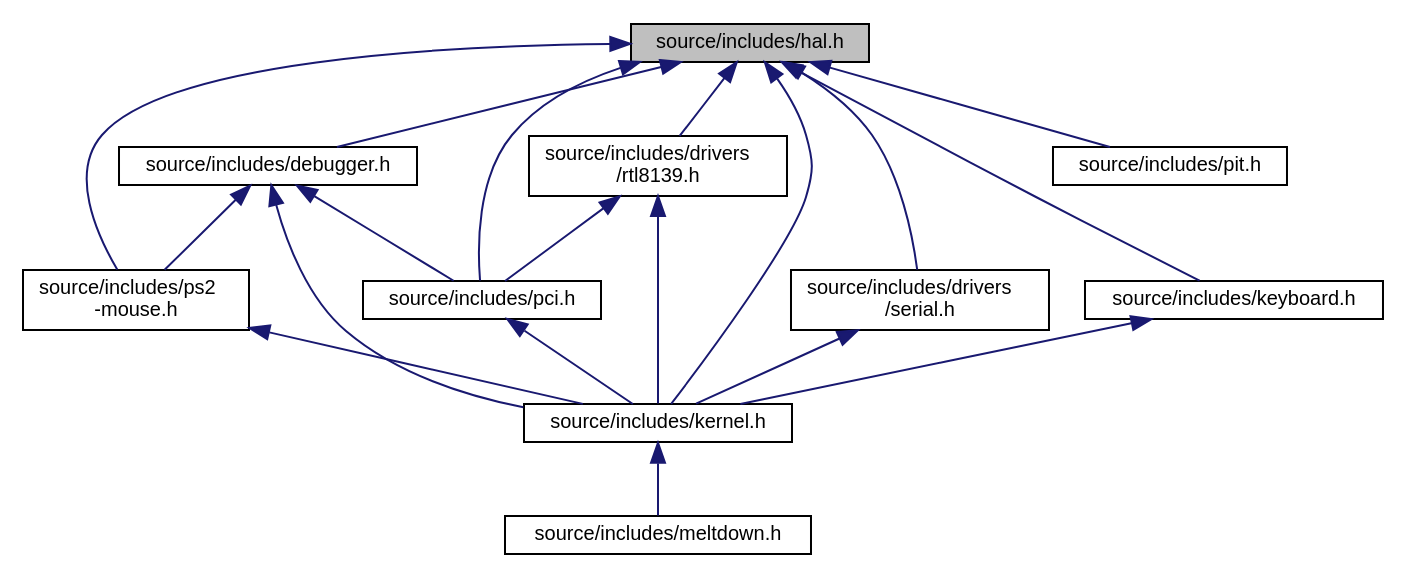
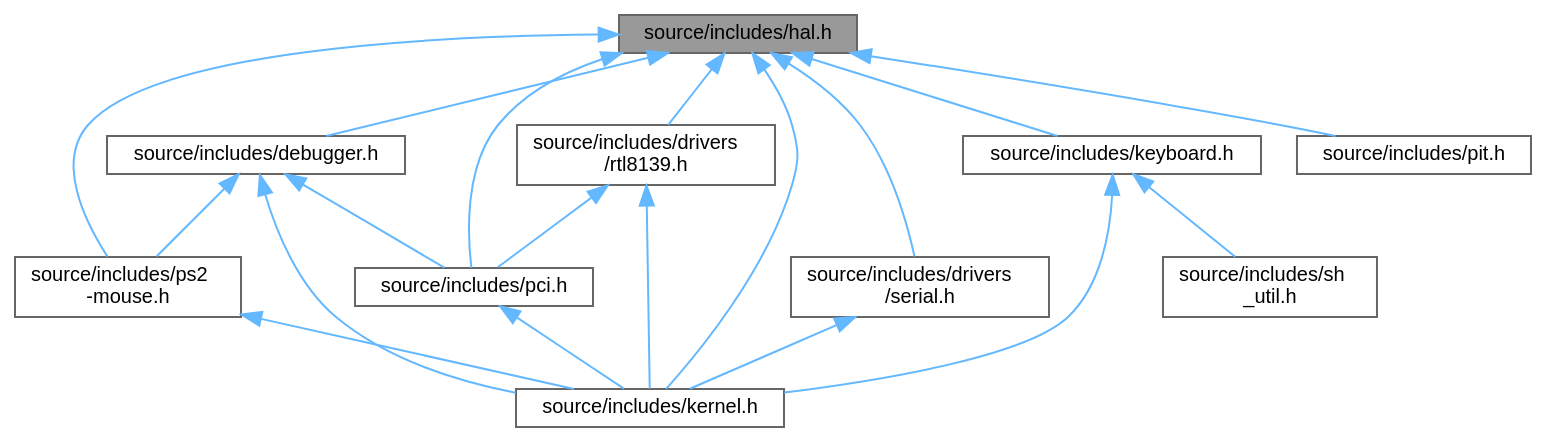
Before and after one commit to Frost-Wing/doxygen-docs: the diagram in hal_8h__dep__incl.dot, drawn with Graphviz. The commit also changed 1093 other files, not shown here.

```diff
--- a/hal_8h__dep__incl.dot
+++ b/hal_8h__dep__incl.dot
@@ -1,34 +1,35 @@
 digraph "source/includes/hal.h"
 {
  // LATEX_PDF_SIZE
-  edge [fontname="Helvetica",fontsize="10",labelfontname="Helvetica",labelfontsize="10"];
-  node [fontname="Helvetica",fontsize="10",shape=record];
-  Node1 [label="source/includes/hal.h",height=0.2,width=0.4,color="black", fillcolor="grey75", style="filled", fontcolor="black",tooltip="Header file for Hardware Abstraction Layer -> Source from GoGX OS."];
-  Node1 -> Node2 [dir="back",color="midnightblue",fontsize="10",style="solid",fontname="Helvetica"];
-  Node2 [label="source/includes/debugger.h",height=0.2,width=0.4,color="black", fillcolor="white", style="filled",URL="$debugger_8h.html",tooltip="The headers files for E9 hack."];
-  Node2 -> Node3 [dir="back",color="midnightblue",fontsize="10",style="solid",fontname="Helvetica"];
-  Node3 [label="source/includes/kernel.h",height=0.2,width=0.4,color="black", fillcolor="white", style="filled",URL="$kernel_8h.html",tooltip="The basic requirement from kernel to other parts of the code."];
-  Node3 -> Node4 [dir="back",color="midnightblue",fontsize="10",style="solid",fontname="Helvetica"];
-  Node4 [label="source/includes/meltdown.h",height=0.2,width=0.4,color="black", fillcolor="white", style="filled",URL="$meltdown_8h.html",tooltip="The headers for meltdown.c."];
-  Node2 -> Node5 [dir="back",color="midnightblue",fontsize="10",style="solid",fontname="Helvetica"];
-  Node5 [label="source/includes/pci.h",height=0.2,width=0.4,color="black", fillcolor="white", style="filled",URL="$pci_8h.html",tooltip="The Header files for actual PCI source."];
-  Node5 -> Node3 [dir="back",color="midnightblue",fontsize="10",style="solid",fontname="Helvetica"];
-  Node2 -> Node6 [dir="back",color="midnightblue",fontsize="10",style="solid",fontname="Helvetica"];
-  Node6 [label="source/includes/ps2\l-mouse.h",height=0.2,width=0.4,color="black", fillcolor="white", style="filled",URL="$ps2-mouse_8h.html",tooltip=" "];
-  Node6 -> Node3 [dir="back",color="midnightblue",fontsize="10",style="solid",fontname="Helvetica"];
-  Node1 -> Node7 [dir="back",color="midnightblue",fontsize="10",style="solid",fontname="Helvetica"];
-  Node7 [label="source/includes/drivers\l/rtl8139.h",height=0.2,width=0.4,color="black", fillcolor="white", style="filled",URL="$rtl8139_8h.html",tooltip="The Header files for RTL8139 Networking Card."];
-  Node7 -> Node3 [dir="back",color="midnightblue",fontsize="10",style="solid",fontname="Helvetica"];
-  Node7 -> Node5 [dir="back",color="midnightblue",fontsize="10",style="solid",fontname="Helvetica"];
-  Node1 -> Node8 [dir="back",color="midnightblue",fontsize="10",style="solid",fontname="Helvetica"];
-  Node8 [label="source/includes/drivers\l/serial.h",height=0.2,width=0.4,color="black", fillcolor="white", style="filled",URL="$serial_8h.html",tooltip="Header files for serial drivers."];
-  Node8 -> Node3 [dir="back",color="midnightblue",fontsize="10",style="solid",fontname="Helvetica"];
-  Node1 -> Node3 [dir="back",color="midnightblue",fontsize="10",style="solid",fontname="Helvetica"];
-  Node1 -> Node9 [dir="back",color="midnightblue",fontsize="10",style="solid",fontname="Helvetica"];
-  Node9 [label="source/includes/keyboard.h",height=0.2,width=0.4,color="black", fillcolor="white", style="filled",URL="$keyboard_8h.html",tooltip=" "];
-  Node9 -> Node3 [dir="back",color="midnightblue",fontsize="10",style="solid",fontname="Helvetica"];
-  Node1 -> Node5 [dir="back",color="midnightblue",fontsize="10",style="solid",fontname="Helvetica"];
-  Node1 -> Node10 [dir="back",color="midnightblue",fontsize="10",style="solid",fontname="Helvetica"];
-  Node10 [label="source/includes/pit.h",height=0.2,width=0.4,color="black", fillcolor="white", style="filled",URL="$pit_8h.html",tooltip="Headers for PIT."];
-  Node1 -> Node6 [dir="back",color="midnightblue",fontsize="10",style="solid",fontname="Helvetica"];
+  bgcolor="transparent";
+  edge [fontname=Helvetica,fontsize=10,labelfontname=Helvetica,labelfontsize=10];
+  node [fontname=Helvetica,fontsize=10,shape=box,height=0.2,width=0.4];
+  Node1 [id="Node000001",label="source/includes/hal.h",height=0.2,width=0.4,color="gray40", fillcolor="grey60", style="filled", fontcolor="black",tooltip="Header file for Hardware Abstraction Layer -> Source from GoGX OS."];
+  Node1 -> Node2 [id="edge1_Node000001_Node000002",dir="back",color="steelblue1",style="solid",tooltip=" "];
+  Node2 [id="Node000002",label="source/includes/debugger.h",height=0.2,width=0.4,color="grey40", fillcolor="white", style="filled",URL="$debugger_8h.html",tooltip="The headers files for E9 hack."];
+  Node2 -> Node3 [id="edge2_Node000002_Node000003",dir="back",color="steelblue1",style="solid",tooltip=" "];
+  Node3 [id="Node000003",label="source/includes/kernel.h",height=0.2,width=0.4,color="grey40", fillcolor="white", style="filled",URL="$kernel_8h.html",tooltip="The basic requirement from kernel to other parts of the code."];
+  Node2 -> Node4 [id="edge3_Node000002_Node000004",dir="back",color="steelblue1",style="solid",tooltip=" "];
+  Node4 [id="Node000004",label="source/includes/pci.h",height=0.2,width=0.4,color="grey40", fillcolor="white", style="filled",URL="$pci_8h.html",tooltip="The Header files for actual PCI source."];
+  Node4 -> Node3 [id="edge4_Node000004_Node000003",dir="back",color="steelblue1",style="solid",tooltip=" "];
+  Node2 -> Node5 [id="edge5_Node000002_Node000005",dir="back",color="steelblue1",style="solid",tooltip=" "];
+  Node5 [id="Node000005",label="source/includes/ps2\l-mouse.h",height=0.2,width=0.4,color="grey40", fillcolor="white", style="filled",URL="$ps2-mouse_8h.html",tooltip=" "];
+  Node5 -> Node3 [id="edge6_Node000005_Node000003",dir="back",color="steelblue1",style="solid",tooltip=" "];
+  Node1 -> Node6 [id="edge7_Node000001_Node000006",dir="back",color="steelblue1",style="solid",tooltip=" "];
+  Node6 [id="Node000006",label="source/includes/drivers\l/rtl8139.h",height=0.2,width=0.4,color="grey40", fillcolor="white", style="filled",URL="$rtl8139_8h.html",tooltip="The Header files for RTL8139 Networking Card."];
+  Node6 -> Node3 [id="edge8_Node000006_Node000003",dir="back",color="steelblue1",style="solid",tooltip=" "];
+  Node6 -> Node4 [id="edge9_Node000006_Node000004",dir="back",color="steelblue1",style="solid",tooltip=" "];
+  Node1 -> Node7 [id="edge10_Node000001_Node000007",dir="back",color="steelblue1",style="solid",tooltip=" "];
+  Node7 [id="Node000007",label="source/includes/drivers\l/serial.h",height=0.2,width=0.4,color="grey40", fillcolor="white", style="filled",URL="$serial_8h.html",tooltip="Header files for serial drivers."];
+  Node7 -> Node3 [id="edge11_Node000007_Node000003",dir="back",color="steelblue1",style="solid",tooltip=" "];
+  Node1 -> Node3 [id="edge12_Node000001_Node000003",dir="back",color="steelblue1",style="solid",tooltip=" "];
+  Node1 -> Node8 [id="edge13_Node000001_Node000008",dir="back",color="steelblue1",style="solid",tooltip=" "];
+  Node8 [id="Node000008",label="source/includes/keyboard.h",height=0.2,width=0.4,color="grey40", fillcolor="white", style="filled",URL="$keyboard_8h.html",tooltip="The PS/2 Keyboard interface code."];
+  Node8 -> Node3 [id="edge14_Node000008_Node000003",dir="back",color="steelblue1",style="solid",tooltip=" "];
+  Node8 -> Node9 [id="edge15_Node000008_Node000009",dir="back",color="steelblue1",style="solid",tooltip=" "];
+  Node9 [id="Node000009",label="source/includes/sh\l_util.h",height=0.2,width=0.4,color="grey40", fillcolor="white", style="filled",URL="$sh__util_8h.html",tooltip="Utils for fw shell."];
+  Node1 -> Node4 [id="edge16_Node000001_Node000004",dir="back",color="steelblue1",style="solid",tooltip=" "];
+  Node1 -> Node10 [id="edge17_Node000001_Node000010",dir="back",color="steelblue1",style="solid",tooltip=" "];
+  Node10 [id="Node000010",label="source/includes/pit.h",height=0.2,width=0.4,color="grey40", fillcolor="white", style="filled",URL="$pit_8h.html",tooltip="Headers for PIT."];
+  Node1 -> Node5 [id="edge18_Node000001_Node000005",dir="back",color="steelblue1",style="solid",tooltip=" "];
 }
```
